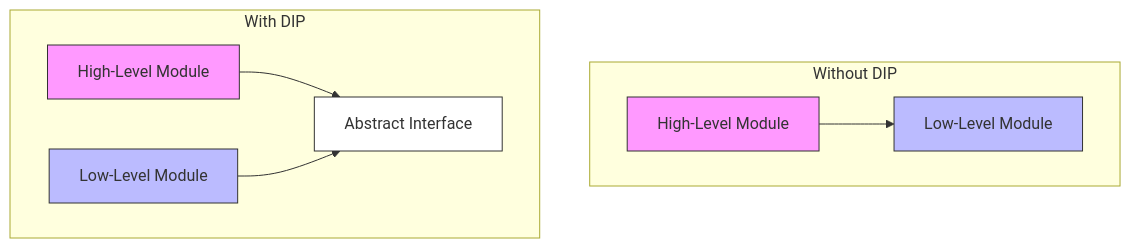
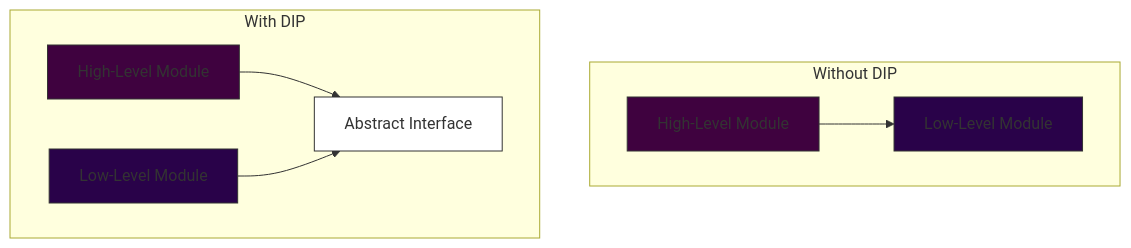
Before and after one commit to hezronkimutai/solid_principles: the first of 3 diagrams in DIP/README.md, drawn with Mermaid. The commit also changed other lines of this file and 5 other files, not shown here.

````diff
--- a/DIP/README.md
+++ b/DIP/README.md
@@ -12,16 +12,16 @@
 ```mermaid
 graph TD
     subgraph "Without DIP"
     A[High-Level Module] --> B[Low-Level Module]
-    style A fill:#f9f,stroke:#333
-    style B fill:#bbf,stroke:#333
+    style A fill:#3f023f,stroke:#333
+    style B fill:#290249,stroke:#333
     end
 
     subgraph "With DIP"
     C[High-Level Module] --> D[Abstract Interface]
     E[Low-Level Module] --> D
-    style C fill:#f9f,stroke:#333
+    style C fill:#3f023f,stroke:#333
     style D fill:#fff,stroke:#333
-    style E fill:#bbf,stroke:#333
+    style E fill:#290249,stroke:#333
     end
 ```
````
